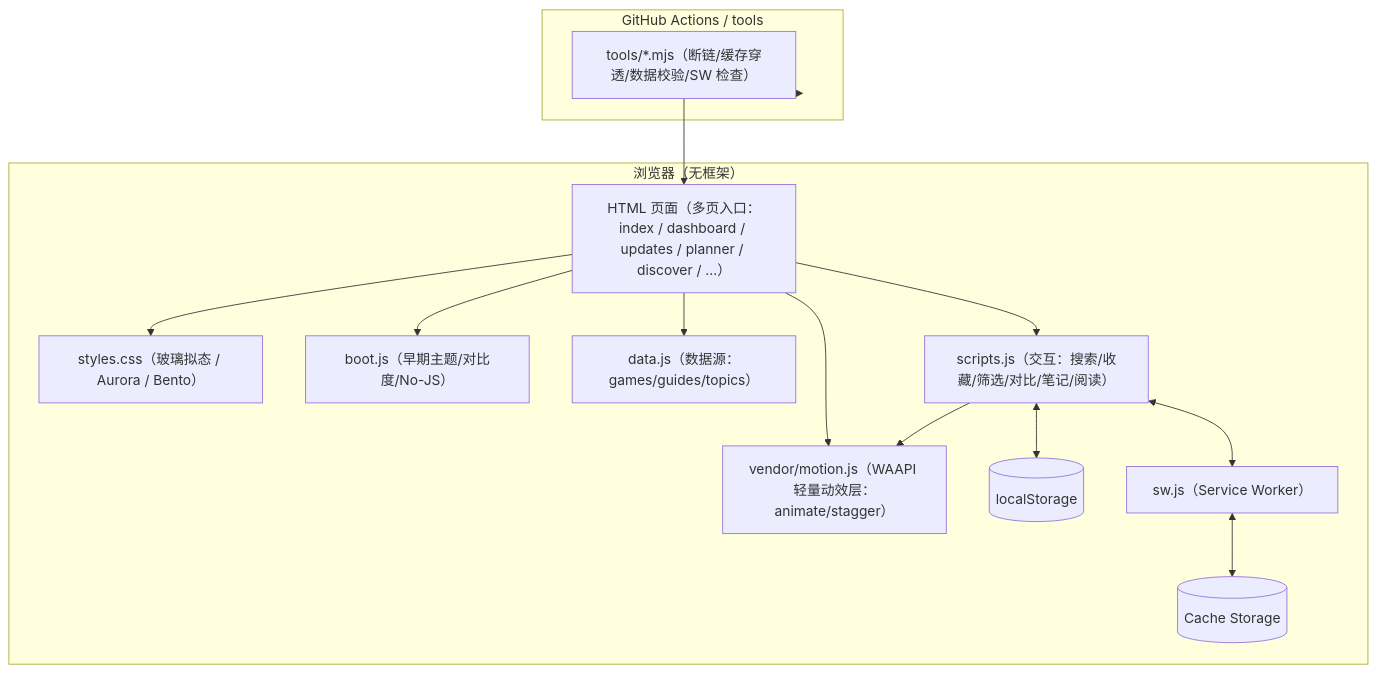
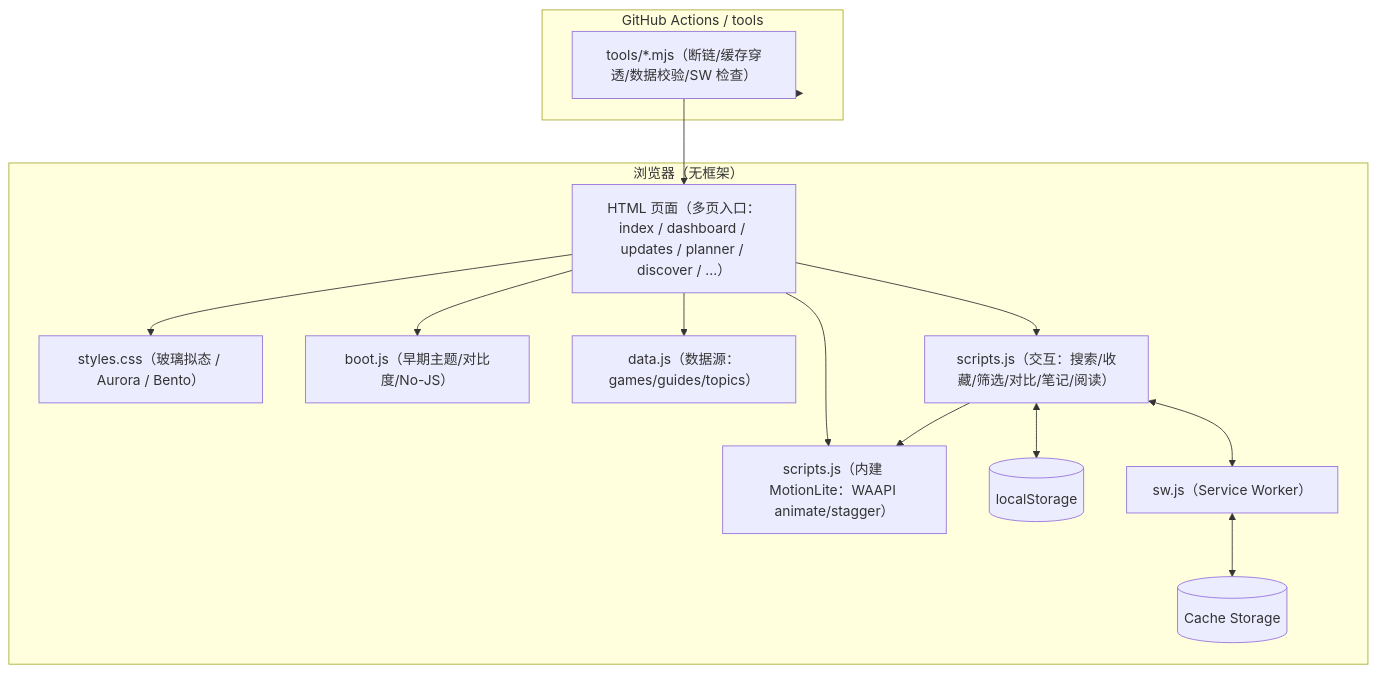
Before and after one commit to TUR1412/GameKnowledge-Base: the diagram in README.md, drawn with Mermaid. The commit also changed other lines of this file and 49 other files, not shown here.

````diff
--- a/README.md
+++ b/README.md
@@ -81,32 +83,32 @@
 ```mermaid
 flowchart TB
   subgraph Browser[浏览器（无框架）]
     H[HTML 页面（多页入口：index / dashboard / updates / planner / discover / ...）]
     CSS[styles.css（玻璃拟态 / Aurora / Bento）]
     Boot[boot.js（早期主题/对比度/No-JS）]
     Data[data.js（数据源：games/guides/topics）]
     App[scripts.js（交互：搜索/收藏/筛选/对比/笔记/阅读）]
-    Motion[vendor/motion.js（WAAPI 轻量动效层：animate/stagger）]
+    Motion[scripts.js（内建 MotionLite：WAAPI animate/stagger）]
     LS[(localStorage)]
     SW[sw.js（Service Worker）]
     Cache[(Cache Storage)]
   end
 
   subgraph CI[GitHub Actions / tools]
     Tools[tools/*.mjs（断链/缓存穿透/数据校验/SW 检查）]
   end
 
   H --> CSS
   H --> Boot
   H --> Data
   H --> App
   H --> Motion
   App --> Motion
 
   App <--> LS
   App <--> SW
   SW <--> Cache
 
   CI --> Tools
   Tools --> H
 ```
````
